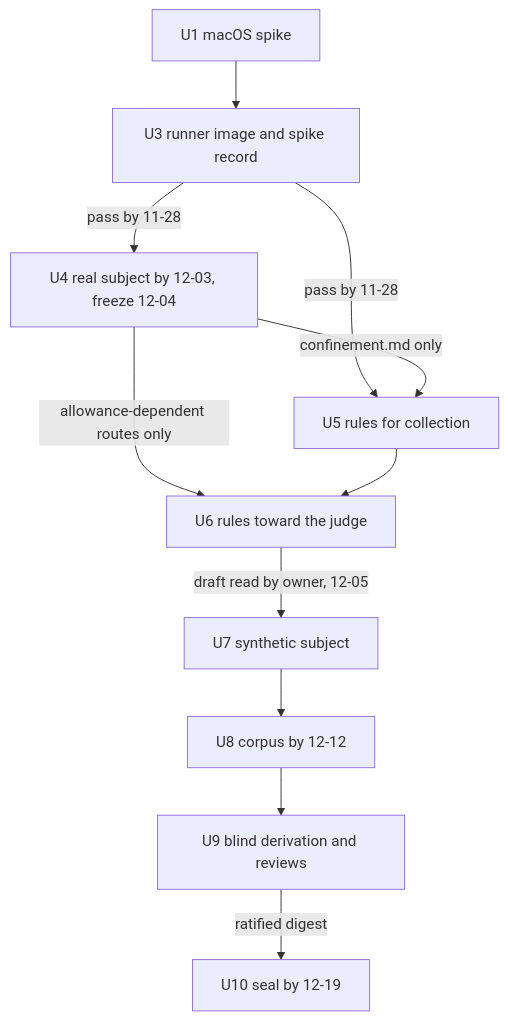
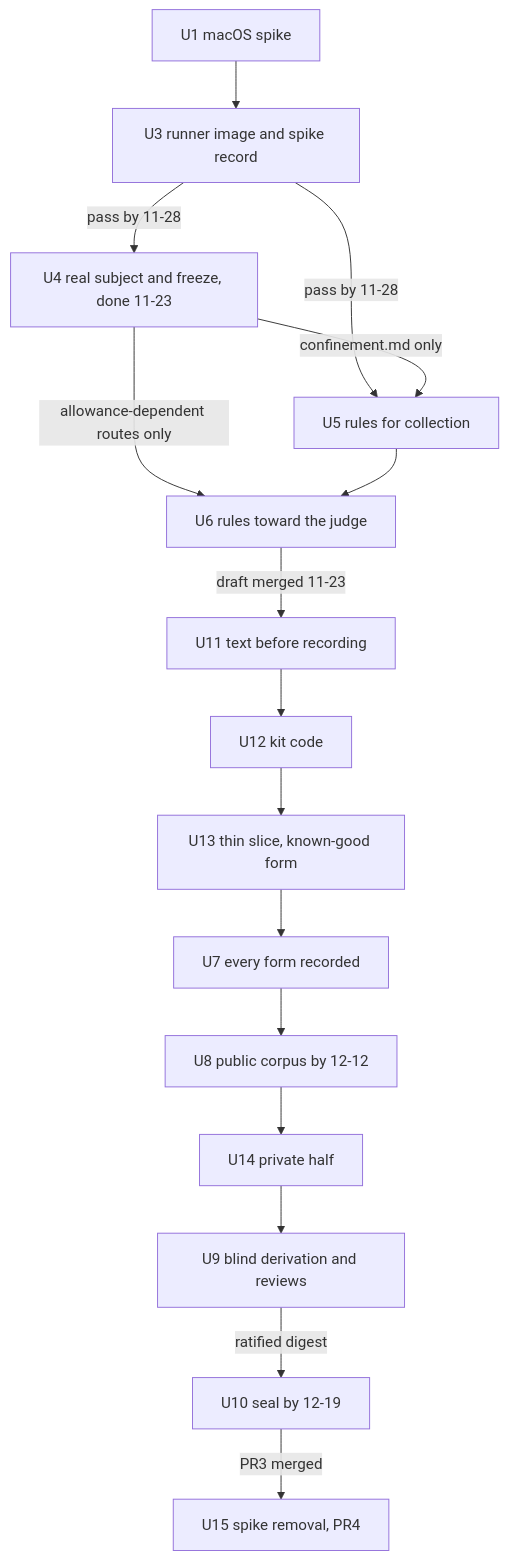
Before and after one commit to vinnyp/press-quality-lab: the second of 6 diagrams in docs/plans/2026-11-21-2309-feat-conformance-collection-spec-plan.md, drawn with Mermaid. The commit also changed other lines of this file and 1 other file, not shown here.

First line of the commit message:
docs: plan PR3, the corpus and seal, after its design review (#11)

````diff
--- a/docs/plans/2026-11-21-2309-feat-conformance-collection-spec-plan.md
+++ b/docs/plans/2026-11-21-2309-feat-conformance-collection-spec-plan.md
@@ -453,13 +515,18 @@
 ```mermaid
 flowchart TB
   U1[U1 macOS spike] --> U3[U3 runner image and spike record]
-  U3 -->|pass by 11-28| U4[U4 real subject by 12-03, freeze 12-04]
+  U3 -->|pass by 11-28| U4[U4 real subject and freeze, done 11-23]
   U3 -->|pass by 11-28| U5[U5 rules for collection]
   U4 -->|confinement.md only| U5
   U4 -->|allowance-dependent routes only| U6
   U5 --> U6[U6 rules toward the judge]
-  U6 -->|draft read by owner, 12-05| U7[U7 synthetic subject]
-  U7 --> U8[U8 corpus by 12-12]
-  U8 --> U9[U9 blind derivation and reviews]
+  U6 -->|draft merged 11-23| U11[U11 text before recording]
+  U11 --> U12[U12 kit code]
+  U12 --> U13[U13 thin slice, known-good form]
+  U13 --> U7[U7 every form recorded]
+  U7 --> U8[U8 public corpus by 12-12]
+  U8 --> U14[U14 private half]
+  U14 --> U9[U9 blind derivation and reviews]
   U9 -->|ratified digest| U10[U10 seal by 12-19]
+  U10 -->|PR3 merged| U15[U15 spike removal, PR4]
 ```
````
